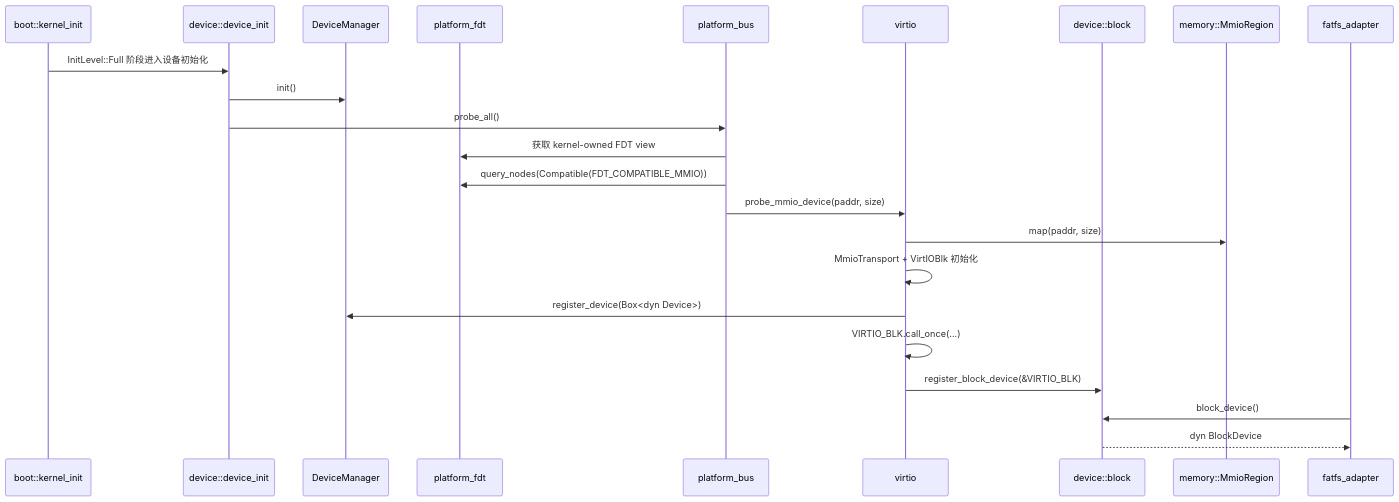
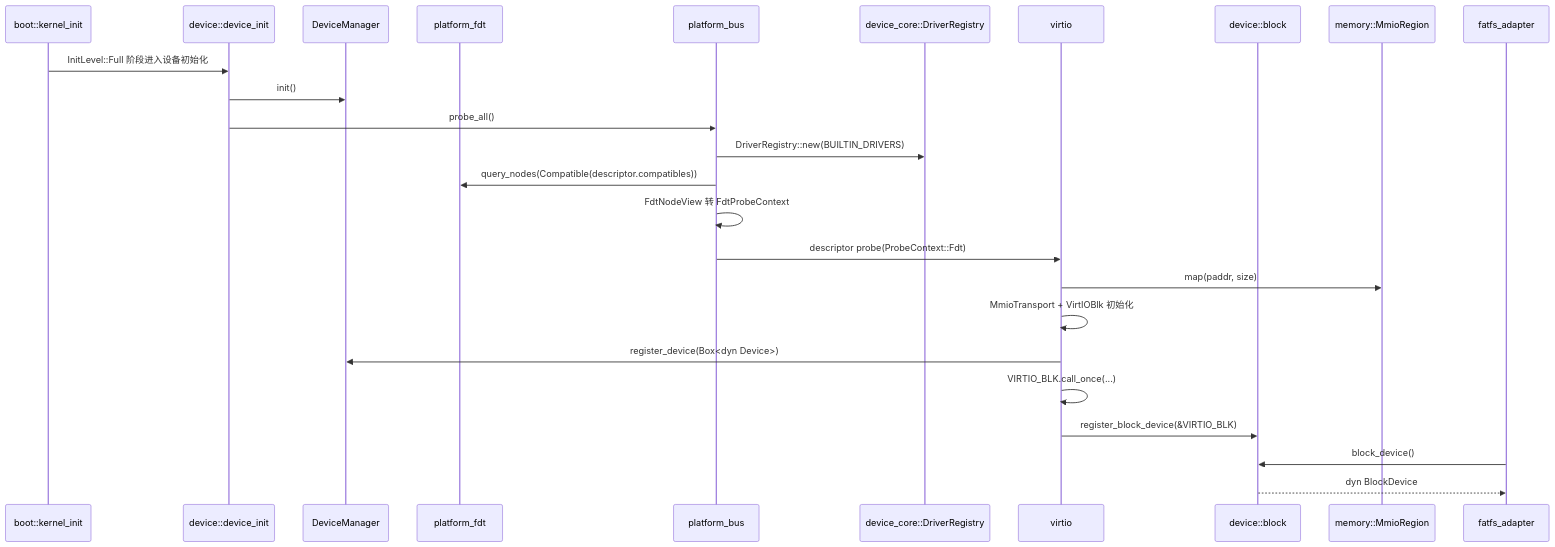
Before and after one commit to MRNIU/SimpleKernel: the diagram in docs/design/device-subsystem-current.md, drawn with Mermaid. The commit also changed other lines of this file and 7 other files, not shown here.

First line of the commit message:
feat(device): route platform bus through D2 descriptors

````diff
--- a/docs/design/device-subsystem-current.md
+++ b/docs/design/device-subsystem-current.md
@@ -31,26 +34,28 @@
 ```mermaid
 sequenceDiagram
   participant Boot as boot::kernel_init
   participant Device as device::device_init
   participant Manager as DeviceManager
   participant Fdt as platform_fdt
   participant Bus as platform_bus
+  participant Registry as device_core::DriverRegistry
   participant Virtio as virtio
   participant Block as device::block
   participant Memory as memory::MmioRegion
   participant Fs as fatfs_adapter
 
   Boot->>Device: InitLevel::Full 阶段进入设备初始化
   Device->>Manager: init()
   Device->>Bus: probe_all()
-  Bus->>Fdt: 获取 kernel-owned FDT view
-  Bus->>Fdt: query_nodes(Compatible(FDT_COMPATIBLE_MMIO))
-  Bus->>Virtio: probe_mmio_device(paddr, size)
+  Bus->>Registry: DriverRegistry::new(BUILTIN_DRIVERS)
+  Bus->>Fdt: query_nodes(Compatible(descriptor.compatibles))
+  Bus->>Bus: FdtNodeView 转 FdtProbeContext
+  Bus->>Virtio: descriptor probe(ProbeContext::Fdt)
   Virtio->>Memory: map(paddr, size)
   Virtio->>Virtio: MmioTransport + VirtIOBlk 初始化
   Virtio->>Manager: register_device(Box<dyn Device>)
   Virtio->>Virtio: VIRTIO_BLK.call_once(...)
   Virtio->>Block: register_block_device(&VIRTIO_BLK)
   Fs->>Block: block_device()
   Block-->>Fs: dyn BlockDevice
 ```
````
